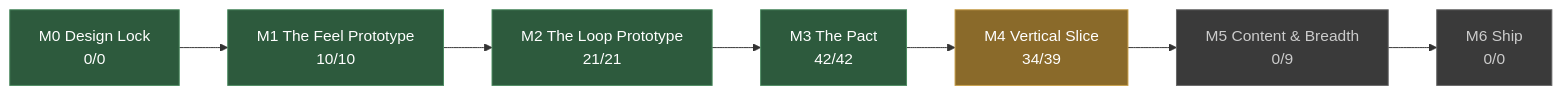
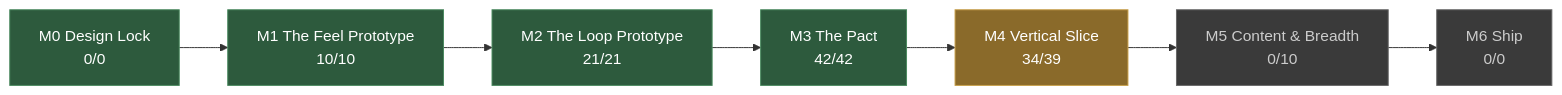
The diagram in docs/STATUS.md (JoshuaGessner/she), drawn with Mermaid before and after one commit. The commit also changed other lines of this file and 4 other files, not shown here.

````diff
--- a/docs/STATUS.md
+++ b/docs/STATUS.md
@@ -13,19 +13,19 @@
 ```mermaid
 flowchart LR
   M0["M0 Design Lock<br/>0/0"]:::passed
   M1["M1 The Feel Prototype<br/>10/10"]:::passed
   M0 --> M1
   M2["M2 The Loop Prototype<br/>21/21"]:::passed
   M1 --> M2
   M3["M3 The Pact<br/>42/42"]:::passed
   M2 --> M3
   M4["M4 Vertical Slice<br/>34/39"]:::current
   M3 --> M4
-  M5["M5 Content & Breadth<br/>0/9"]:::ahead
+  M5["M5 Content & Breadth<br/>0/10"]:::ahead
   M4 --> M5
   M6["M6 Ship<br/>0/0"]:::ahead
   M5 --> M6
   classDef passed fill:#2d5a3d,stroke:#4a8a5f,color:#fff
   classDef current fill:#8a6a2a,stroke:#c8a04a,color:#fff
   classDef ahead fill:#3a3a3a,stroke:#666,color:#ccc
 ```
````
